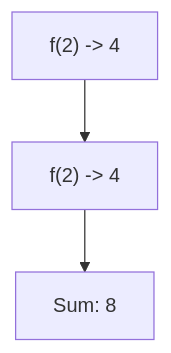
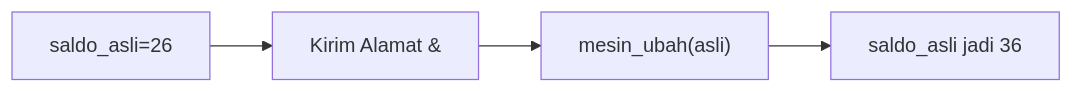
Diagram 16 of 25 in part-c-pemahaman-cpp/04-fungsi/latihan/set-08.md (amnahwaida/OSNK_INF_PREP), drawn with Mermaid before and after one commit. The commit also changed other lines of this file and 71 other files, not shown here.

````diff
--- a/part-c-pemahaman-cpp/04-fungsi/latihan/set-08.md
+++ b/part-c-pemahaman-cpp/04-fungsi/latihan/set-08.md
@@ -423,5 +441,6 @@
 ```mermaid
-graph TD
-A["f(2) -> 4"] --> B["f(2) -> 4"]
-B --> C["Sum: 8"]
+graph LR
+A["saldo_asli=26"] --> B["Kirim Alamat &"]
+B --> C["mesin_ubah(asli)"]
+C --> D["saldo_asli jadi 36"]
 ```
````
